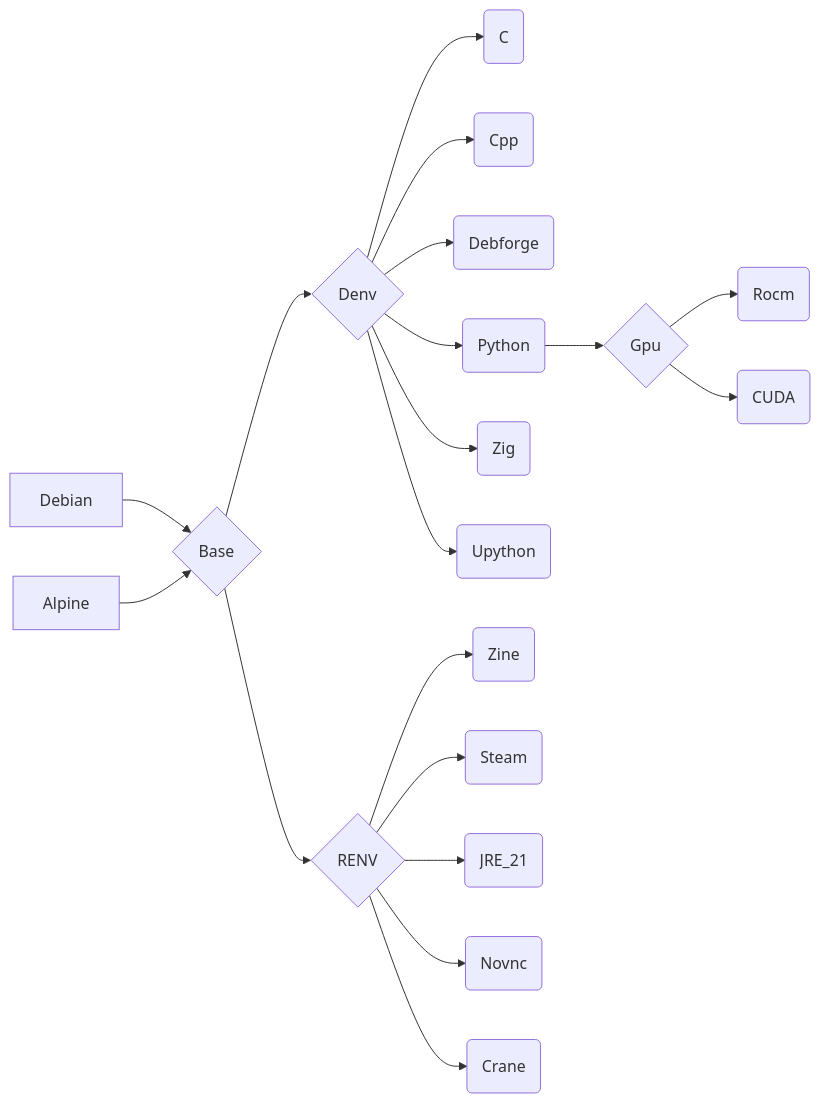
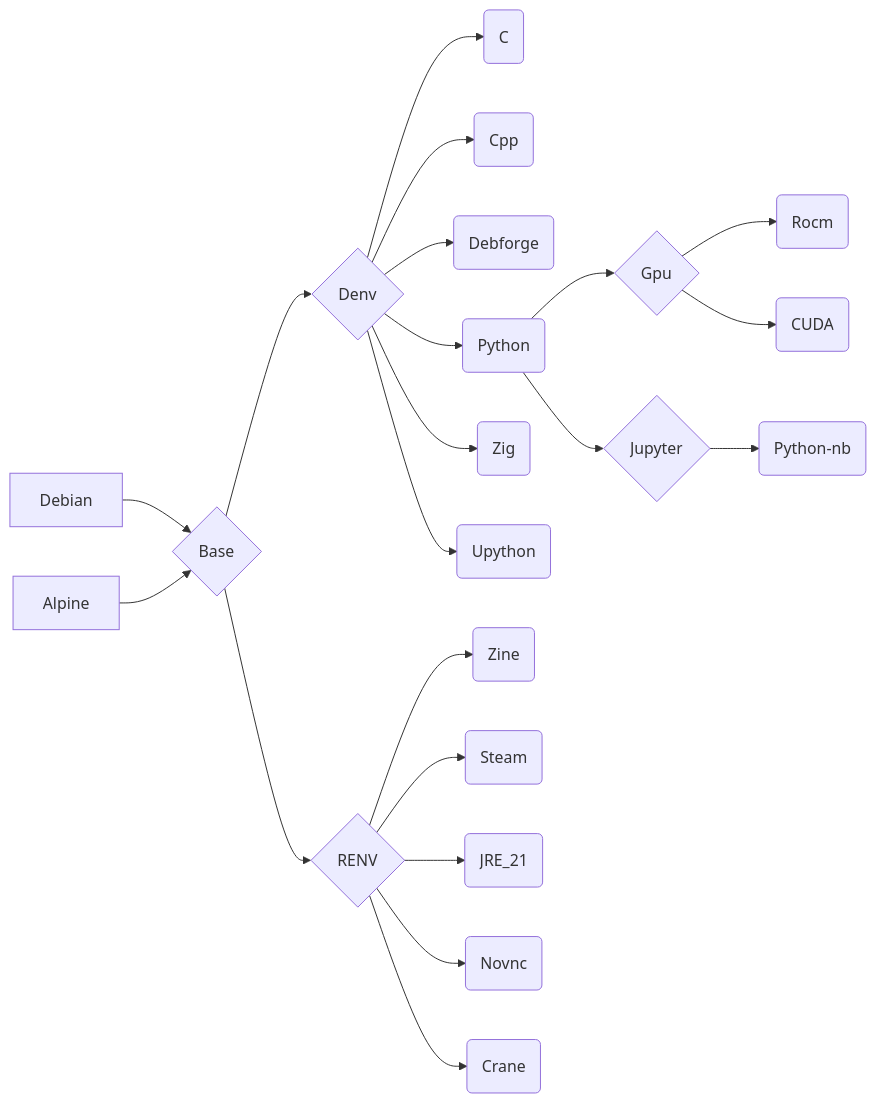
One commit to ben0i0d/cenv changed the diagram in README.md. Above: the diagram before and after it, drawn with Mermaid. The commit also changed other lines of this file and 2 other files, not shown here.

Commit message:
use nano as default editor

````diff
--- a/README.md
+++ b/README.md
@@ -52,23 +53,25 @@
 ```mermaid
 graph LR
 Debian-->B{Base}
 Alpine-->B
 
 B-->D{Denv}
 D-->DA(C)
 D-->DB(Cpp)
 D-->DF(Debforge)
 D-->DC(Python)
 D-->DD(Zig)
 D-->DE(Upython)
 
 DC-->G{Gpu}-->GA(Rocm)
 G-->GB(CUDA)
 
+DC-->J{Jupyter}-->JA(Python-nb)
+
 B-->R{RENV}
 R-->RA(Zine)
 R-->RB(Steam)
 R-->RC(JRE_21)
 R-->RD(Novnc)
 R-->RE(Crane)
 ```
````
